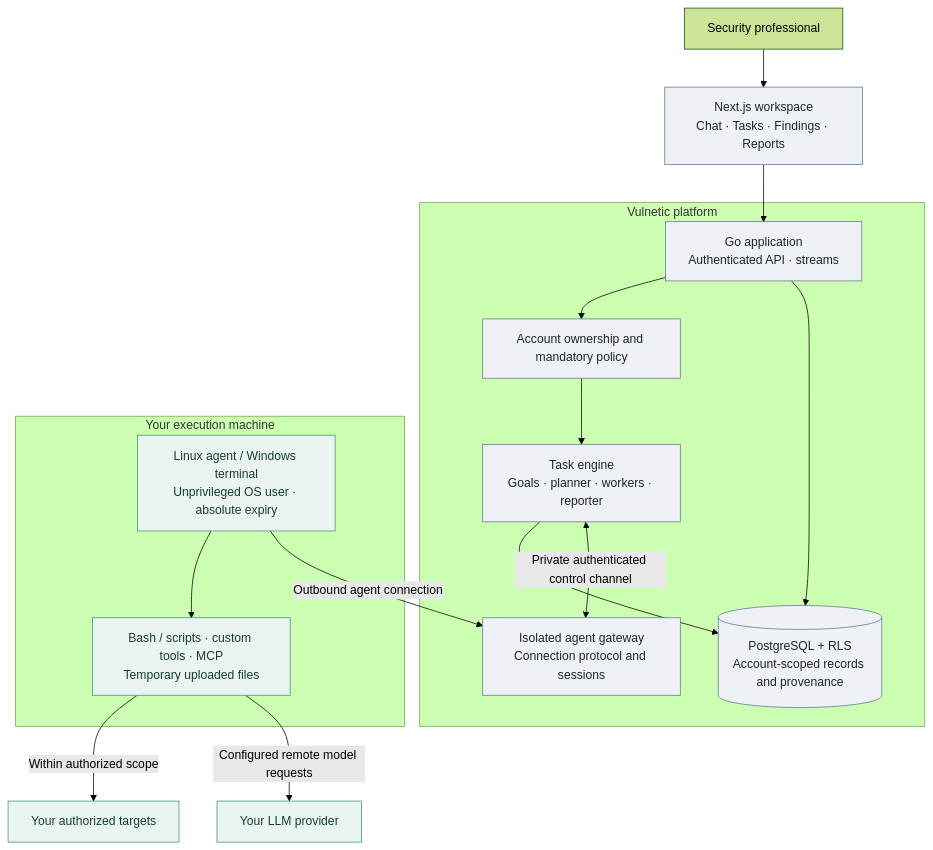
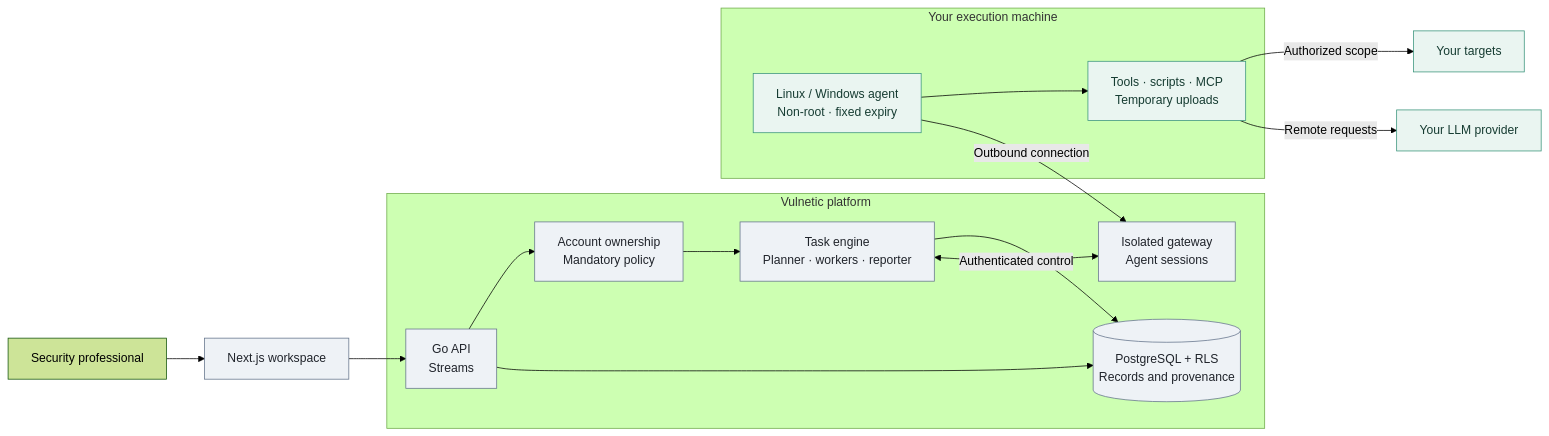
One commit to sordado123/vulnetic-core changed the second of 2 diagrams in README.md. Above: the diagram before and after it, drawn with Mermaid (forest theme). The commit also changed 1 other file, not shown here.

Commit message:
docs: improve architecture diagram proportions and labels

````diff
--- a/README.md
+++ b/README.md
@@ -88,29 +88,29 @@
 ```mermaid
-flowchart TB
-  U["Security professional"] --> UI["Next.js workspace\nChat · Tasks · Findings · Reports"]
+flowchart LR
+  U["Security professional"] --> UI["Next.js workspace"]
   subgraph PLATFORM["Vulnetic platform"]
-    API["Go application\nAuthenticated API · streams"]
-    POLICY["Account ownership and mandatory policy"]
-    ENGINE["Task engine\nGoals · planner · workers · reporter"]
-    DB[("PostgreSQL + RLS\nAccount-scoped records and provenance")]
-    GW["Isolated agent gateway\nConnection protocol and sessions"]
+    API["Go API<br/>Streams"]
+    POLICY["Account ownership<br/>Mandatory policy"]
+    ENGINE["Task engine<br/>Planner · workers · reporter"]
+    DB[("PostgreSQL + RLS<br/>Records and provenance")]
+    GW["Isolated gateway<br/>Agent sessions"]
     API --> POLICY
     POLICY --> ENGINE
     API --> DB
     ENGINE --> DB
-    ENGINE <-->|"Private authenticated control channel"| GW
+    ENGINE <-->|"Authenticated control"| GW
   end
   subgraph CUSTOMER["Your execution machine"]
-    AGENT["Linux agent / Windows terminal\nUnprivileged OS user · absolute expiry"]
-    TOOLS["Bash / scripts · custom tools · MCP\nTemporary uploaded files"]
+    AGENT["Linux / Windows agent<br/>Non-root · fixed expiry"]
+    TOOLS["Tools · scripts · MCP<br/>Temporary uploads"]
     AGENT --> TOOLS
   end
   UI --> API
-  AGENT -->|"Outbound agent connection"| GW
-  TOOLS -->|"Within authorized scope"| TARGET["Your authorized targets"]
-  TOOLS -->|"Configured remote model requests"| LLM["Your LLM provider"]
+  AGENT -->|"Outbound connection"| GW
+  TOOLS -->|"Authorized scope"| TARGET["Your targets"]
+  TOOLS -->|"Remote requests"| LLM["Your LLM provider"]
   classDef app fill:#eef2f6,stroke:#64748b,color:#20242b
   classDef remote fill:#eaf5f1,stroke:#39947b,color:#163c32
   class UI,API,POLICY,ENGINE,DB,GW app
   class AGENT,TOOLS,TARGET,LLM remote
 ```
````
